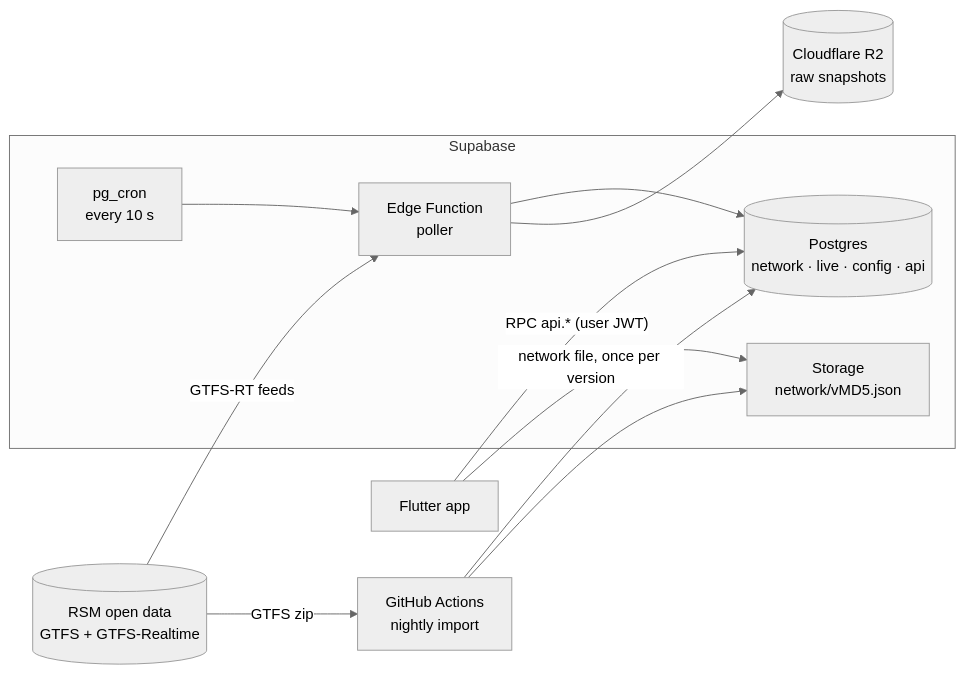
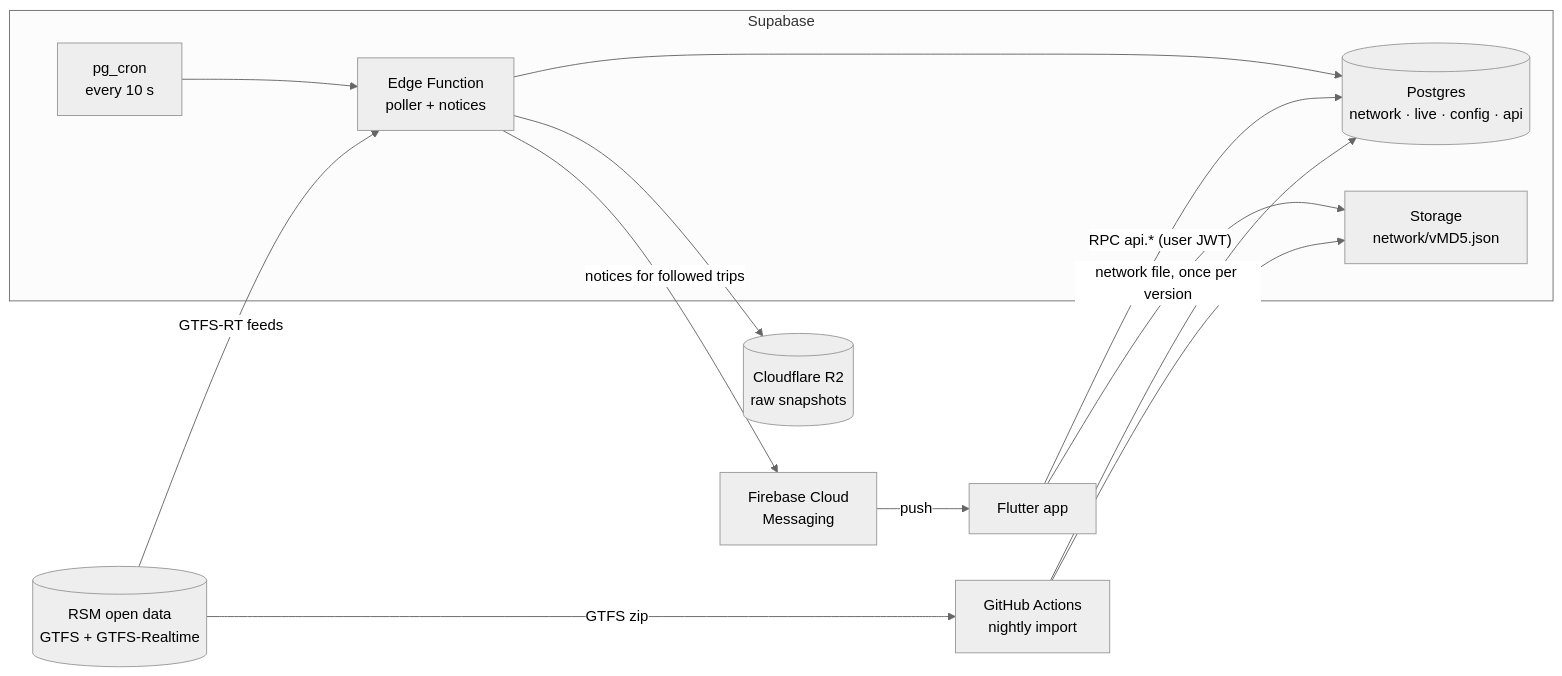
Before and after one commit to CesareIsHere/veribus: the diagram in README.md, drawn with Mermaid (neutral theme). The commit also changed other lines of this file and 70 other files, not shown here.

````diff
--- a/README.md
+++ b/README.md
@@ -123,23 +128,26 @@
 ```mermaid
 flowchart LR
   RSM[("RSM open data<br/>GTFS + GTFS-Realtime")]
   subgraph SB["Supabase"]
     PG[("Postgres<br/>network · live · config · api")]
     ST["Storage<br/>network/vMD5.json"]
-    EF["Edge Function<br/>poller"]
+    EF["Edge Function<br/>poller + notices"]
     CR["pg_cron<br/>every 10 s"]
   end
+  FCM["Firebase Cloud<br/>Messaging"]
   GH["GitHub Actions<br/>nightly import"]
   R2[("Cloudflare R2<br/>raw snapshots")]
   APP["Flutter app"]
 
   RSM -- "GTFS zip" --> GH
   GH --> PG
   GH --> ST
   CR --> EF
   RSM -- "GTFS-RT feeds" --> EF
   EF --> PG
   EF --> R2
+  EF -- "notices for followed trips" --> FCM
+  FCM -- "push" --> APP
   APP -- "RPC api.* (user JWT)" --> PG
   APP -- "network file, once per version" --> ST
 ```
````
